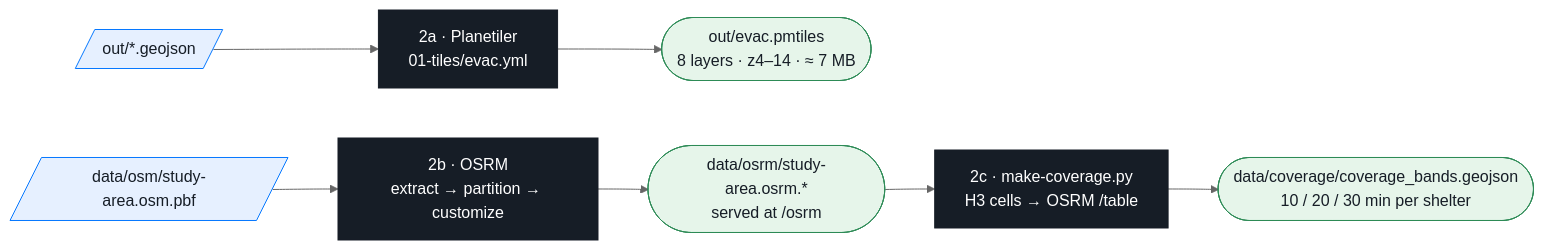
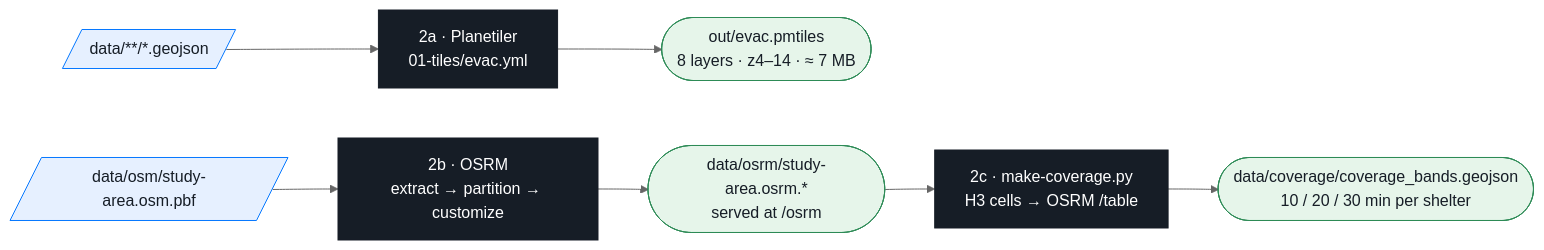
The fourth of 6 diagrams in README.md (vishal4c/routes-to-safety-workshop), drawn with Mermaid (neutral theme) before and after one commit. The commit also changed other lines of this file and 74 other files, not shown here.

````diff
--- a/README.md
+++ b/README.md
@@ -195,17 +314,17 @@
 ```mermaid
 flowchart LR
   classDef file fill:#E6F0FF,stroke:#0678FF,color:#161D26
   classDef tool fill:#161D26,stroke:#161D26,color:#FFFFFF
   classDef chk  fill:#E6F5EA,stroke:#2E8B57,color:#161D26
 
-  GJ[/"out/*.geojson"/]:::file
+  GJ[/"data/**/*.geojson"/]:::file
   PT["2a · Planetiler<br/>01-tiles/evac.yml"]:::tool
   PM(["out/evac.pmtiles<br/>8 layers · z4–14 · ≈ 7 MB"]):::chk
   PBF[/"data/osm/study-area.osm.pbf"/]:::file
   OS["2b · OSRM<br/>extract → partition → customize"]:::tool
   GR(["data/osrm/study-area.osrm.*<br/>served at /osrm"]):::chk
   H3["2c · make-coverage.py<br/>H3 cells → OSRM /table"]:::tool
   CB(["data/coverage/coverage_bands.geojson<br/>10 / 20 / 30 min per shelter"]):::chk
   GJ --> PT --> PM
   PBF --> OS --> GR --> H3 --> CB
 ```
````
